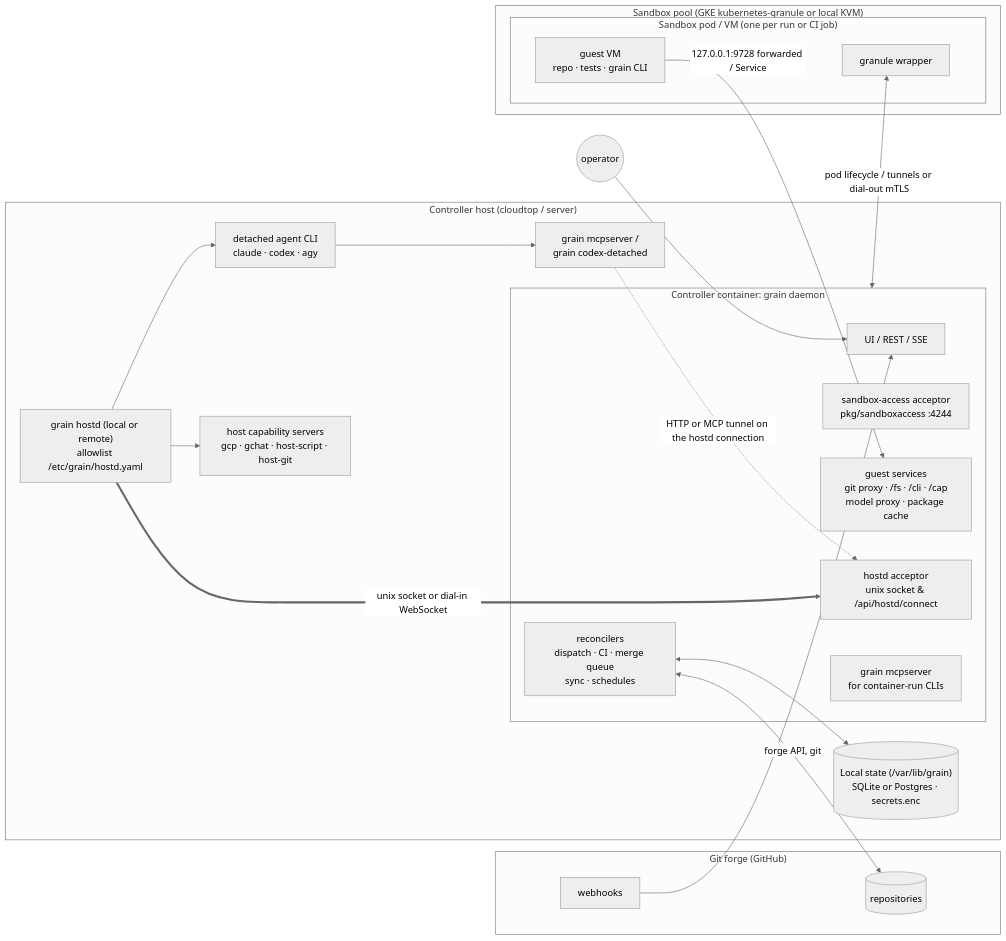
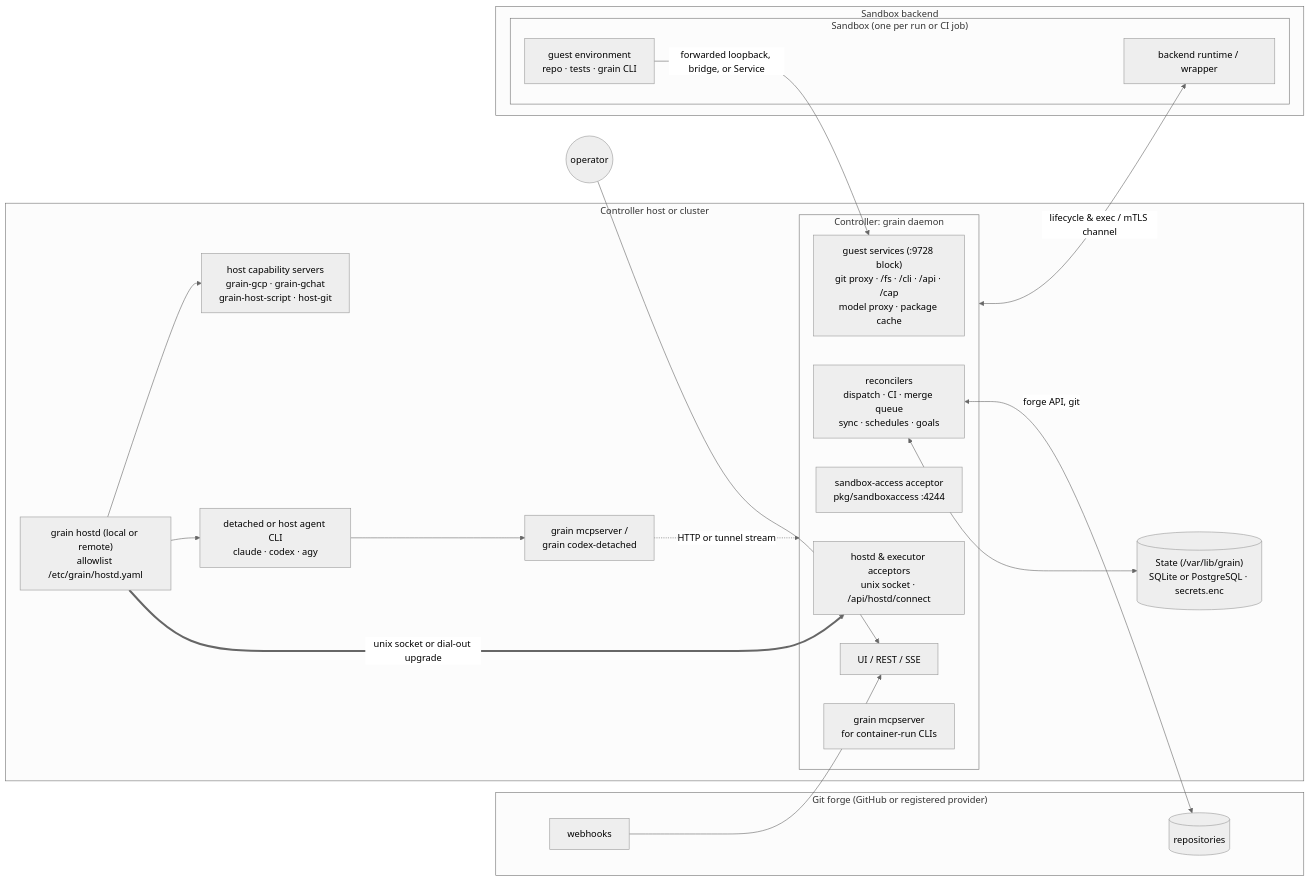
The first of 3 diagrams in design/design/architecture.design.md (ai-on-gke/grain), drawn with Mermaid (neutral theme) before and after one commit. The commit also changed other lines of this file, not shown here.

````diff
--- a/design/design/architecture.design.md
+++ b/design/design/architecture.design.md
@@ -20,39 +27,39 @@
 ```mermaid
 flowchart LR
-  subgraph forge["Git forge (GitHub)"]
+  subgraph forge["Git forge (GitHub or registered provider)"]
     repos[(repositories)]
     hooks[webhooks]
   end
-  subgraph host["Controller host (cloudtop / server)"]
-    store[("Local state (/var/lib/grain)<br/>SQLite or Postgres · secrets.enc")]
-    subgraph ctl["Controller container: grain daemon"]
-      rec[reconcilers<br/>dispatch · CI · merge queue<br/>sync · schedules]
+  subgraph host["Controller host or cluster"]
+    store[("State (/var/lib/grain)<br/>SQLite or PostgreSQL · secrets.enc")]
+    subgraph ctl["Controller: grain daemon"]
+      rec["reconcilers<br/>dispatch · CI · merge queue<br/>sync · schedules · goals"]
       api[UI / REST / SSE]
-      acc[sandbox-access acceptor<br/>pkg/sandboxaccess :4244]
-      gsvc["guest services<br/>git proxy · /fs · /cli · /cap<br/>model proxy · package cache"]
-      hacc["hostd acceptor<br/>unix socket & /api/hostd/connect"]
-      mcpc[grain mcpserver<br/>for container-run CLIs]
+      acc["sandbox-access acceptor<br/>pkg/sandboxaccess :4244"]
+      gsvc["guest services (:9728 block)<br/>git proxy · /fs · /cli · /api · /cap<br/>model proxy · package cache"]
+      hacc["hostd & executor acceptors<br/>unix socket · /api/hostd/connect"]
+      mcpc["grain mcpserver<br/>for container-run CLIs"]
     end
     hostd["grain hostd (local or remote)<br/>allowlist /etc/grain/hostd.yaml"]
-    cli[detached agent CLI<br/>claude · codex · agy]
-    hmcp[grain mcpserver /<br/>grain codex-detached]
-    caps[host capability servers<br/>gcp · gchat · host-script · host-git]
+    cli["detached or host agent CLI<br/>claude · codex · agy"]
+    hmcp["grain mcpserver /<br/>grain codex-detached"]
+    caps["host capability servers<br/>grain-gcp · grain-gchat<br/>grain-host-script · host-git"]
   end
-  subgraph cluster["Sandbox pool (GKE kubernetes-granule or local KVM)"]
-    subgraph pod["Sandbox pod / VM (one per run or CI job)"]
-      wrap[granule wrapper]
-      guest[guest VM<br/>repo · tests · grain CLI]
+  subgraph pool["Sandbox backend"]
+    subgraph sb["Sandbox (one per run or CI job)"]
+      wrap["backend runtime / wrapper"]
+      guest["guest environment<br/>repo · tests · grain CLI"]
     end
   end
   browser((operator)) --> api
   hooks --> api
   rec <--> store
   rec <-->|forge API, git| repos
-  ctl <-->|pod lifecycle / tunnels or dial-out mTLS| wrap
-  guest -->|127.0.0.1:9728 forwarded / Service| gsvc
-  hostd ==>|unix socket or dial-in WebSocket| hacc
+  ctl <-->|lifecycle & exec / mTLS channel| wrap
+  guest -->|forwarded loopback, bridge, or Service| gsvc
+  hostd ==>|unix socket or dial-out upgrade| hacc
   hostd --> cli
   cli --> hmcp
   hostd --> caps
-  hmcp -. HTTP or MCP tunnel on the hostd connection .-> hacc
+  hmcp -. HTTP or tunnel stream .-> ctl
 ```
````
